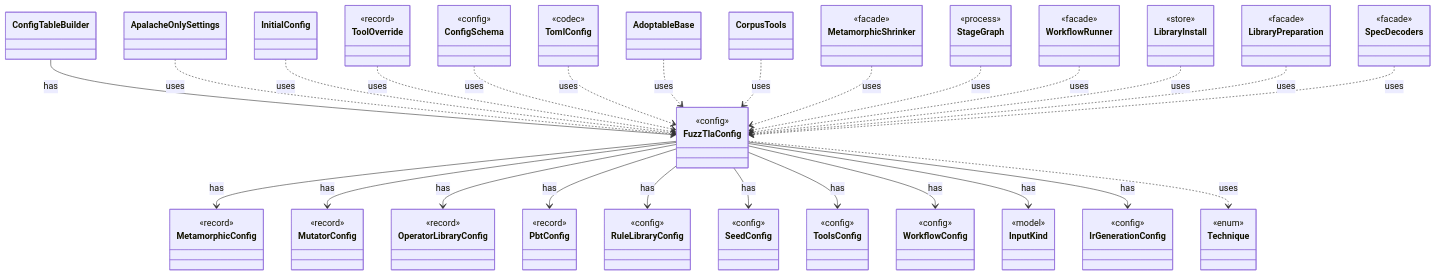
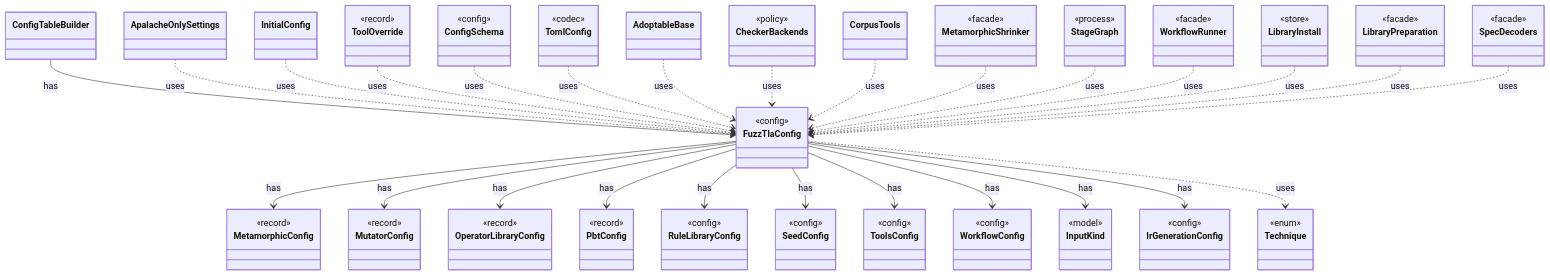
One commit to tlaplus/model-checker-hardening changed the diagram in dev/types/io.github.tlaplus.hardening.config.FuzzTlaConfig.md. Above: the diagram before and after it, drawn with Mermaid. The commit also changed other lines of this file and 422 other files, not shown here.

```diff
--- a/dev/types/io.github.tlaplus.hardening.config.FuzzTlaConfig.md
+++ b/dev/types/io.github.tlaplus.hardening.config.FuzzTlaConfig.md
@@ -55,6 +55,9 @@
     <<codec>>
   }
   class AdoptableBase
+  class CheckerBackends {
+    <<policy>>
+  }
   class CorpusTools
   class MetamorphicShrinker {
     <<facade>>
@@ -92,6 +95,7 @@
   ConfigSchema ..> FuzzTlaConfig : uses
   TomlConfig ..> FuzzTlaConfig : uses
   AdoptableBase ..> FuzzTlaConfig : uses
+  CheckerBackends ..> FuzzTlaConfig : uses
   CorpusTools ..> FuzzTlaConfig : uses
   MetamorphicShrinker ..> FuzzTlaConfig : uses
   StageGraph ..> FuzzTlaConfig : uses
```
